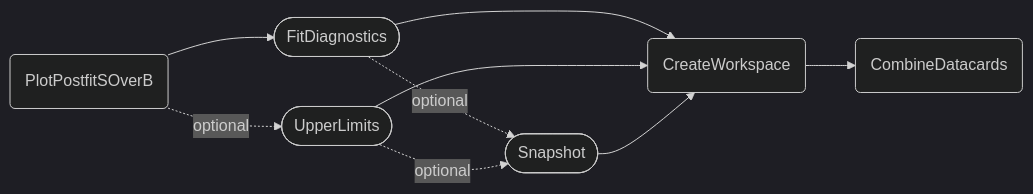
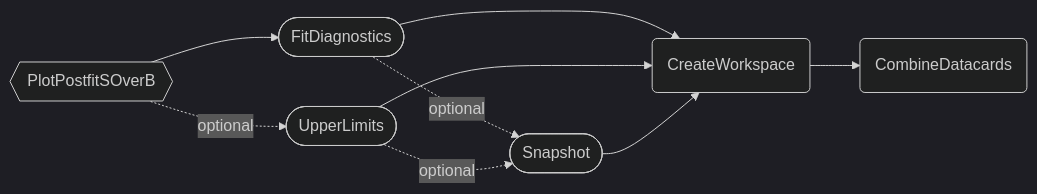
Before and after one commit to cms-hh/inference_tools: the first of 2 diagrams in docs/content/tasks/postfit.md, drawn with Mermaid (dark theme). The commit also changed other lines of this file and 20 other files, not shown here.

````diff
--- a/docs/content/tasks/postfit.md
+++ b/docs/content/tasks/postfit.md
@@ -28,11 +28,11 @@
 ```mermaid
     graph LR;
-    A(PlotPostfitSOverB) --> B([FitDiagnostics]);
+    A{{PlotPostfitSOverB}} --> B([FitDiagnostics]);
     A -. optional .-> C([UpperLimits]);
     B --> D(CreateWorkspace);
     C --> D;
     D --> E(CombineDatacards);
     B -. optional .-> F([Snapshot]);
     C -. optional .-> F;
     F --> D;
 ```
````
